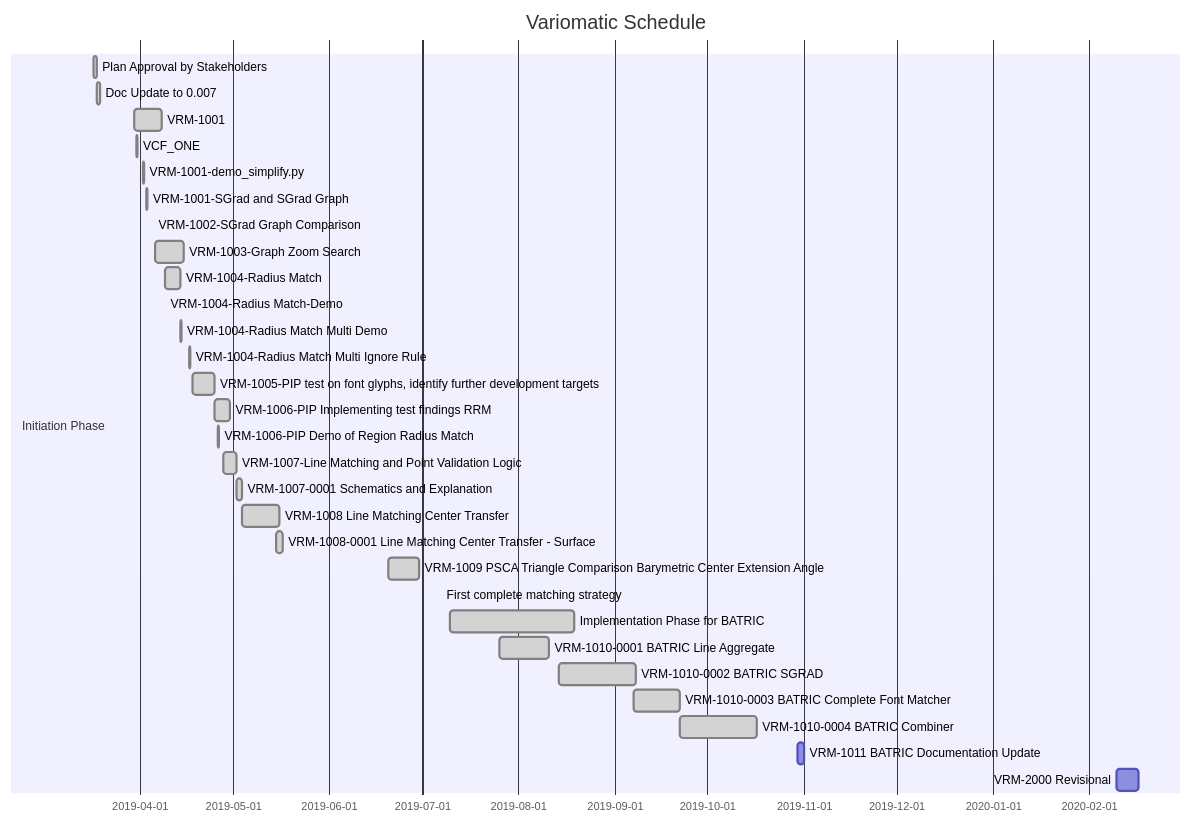
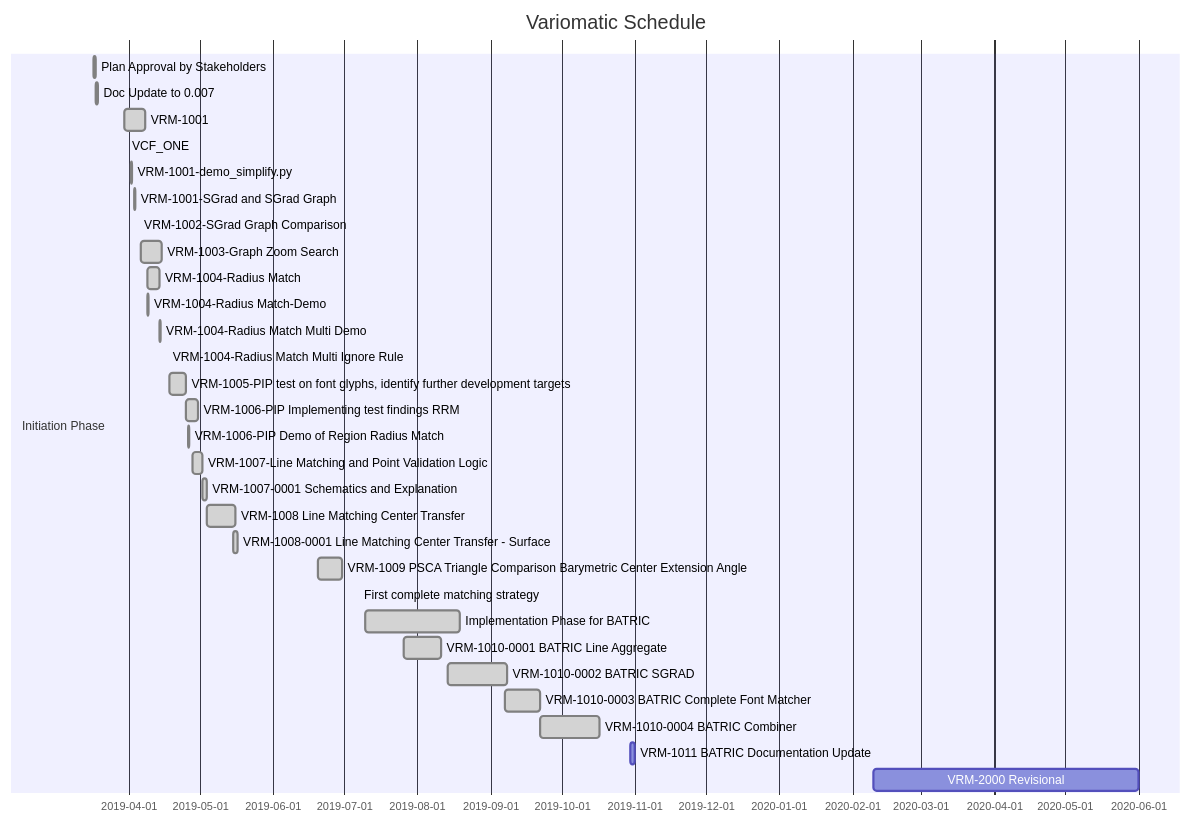
Before and after one commit to VivaRado/variomatic: the diagram in README/partials/introduction/phase_introduction/planning_phase/safe_planning/schedule_planning.md, drawn with Mermaid. The commit also changed 4 other files, not shown here.

````diff
--- a/README/partials/introduction/phase_introduction/planning_phase/safe_planning/schedule_planning.md
+++ b/README/partials/introduction/phase_introduction/planning_phase/safe_planning/schedule_planning.md
@@ -6,35 +6,35 @@
 ```mermaid
 gantt
     dateFormat  YYYY-MM-DD
     title Variomatic Schedule
     section Initiation Phase
     Plan Approval by Stakeholders:                                                 done, des1, 2019-03-17,1d
     Doc Update to 0.007:                                                           done, des2, 2019-03-18, 1d
     VRM-1001:                                                                      done, des5, 2019-03-30,2019-04-08
     VCF_ONE:                                                                       done, des6, 2019-03-31, 4h
     VRM-1001-demo_simplify.py:                                                     done, des7, 2019-04-02,5h
     VRM-1001-SGrad and SGrad Graph:                                                done, des7, 2019-04-03,12h
     VRM-1002-SGrad Graph Comparison:                                               done, des7, 2019-04-05,3h
     VRM-1003-Graph Zoom Search:                                                    done, des8, 2019-04-06,2019-04-15
     VRM-1004-Radius Match:                                                         done, des9, 2019-04-09,5d
     VRM-1004-Radius Match-Demo:                                                    done, des10, 2019-04-09,4h
     VRM-1004-Radius Match Multi Demo:                                              done, des11, 2019-04-14,8h
     VRM-1004-Radius Match Multi Ignore Rule:                                       done, des12, 2019-04-17,8h
     VRM-1005-PIP test on font glyphs, identify further development targets:        done, des13, 2019-04-18,2019-04-25
     VRM-1006-PIP Implementing test findings RRM:                                   done, des14, 2019-04-25,2019-04-30
     VRM-1006-PIP Demo of Region Radius Match:                                      done, des14, 2019-04-26, 8h
     VRM-1007-Line Matching and Point Validation Logic:                             done, des15, 2019-04-28, 2019-05-02
     VRM-1007-0001 Schematics and Explanation:                                      done, des16, after des15, 2d
     VRM-1008 Line Matching Center Transfer:                                        done, des17, after des16, 12d
     VRM-1008-0001 Line Matching Center Transfer - Surface:                         done, des18, 2019-05-15, 2d
     VRM-1009 PSCA Triangle Comparison Barymetric Center Extension Angle:           done, des19, 2019-06-20, 10d
     First complete matching strategy:                                              done, des21, 2019-07-07, 4h
     Implementation Phase for BATRIC:                                               done, des22, 2019-07-10, 40d
     VRM-1010-0001 BATRIC Line Aggregate:                                           done, des23, 2019-07-26, 16d
     VRM-1010-0002 BATRIC SGRAD:                                                    done, des24, 2019-08-14, 25d
     VRM-1010-0003 BATRIC Complete Font Matcher:                                    done, des25, 2019-09-07, 15d
     VRM-1010-0004 BATRIC Combiner:                                                 done, des26, 2019-09-22, 25d
     VRM-1011 BATRIC Documentation Update:                                                des27, 2019-10-30, 2d
-    VRM-2000 Revisional:                                                                 des28, 2020-02-10, 7d
+    VRM-2000 Revisional:                                                                 des28, 2020-02-10, 2020-06-01
 
 ```
````
